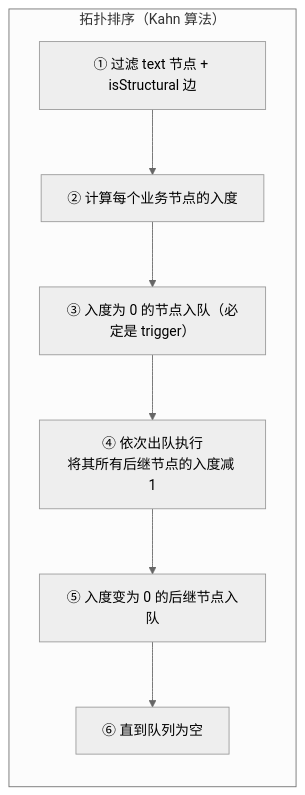
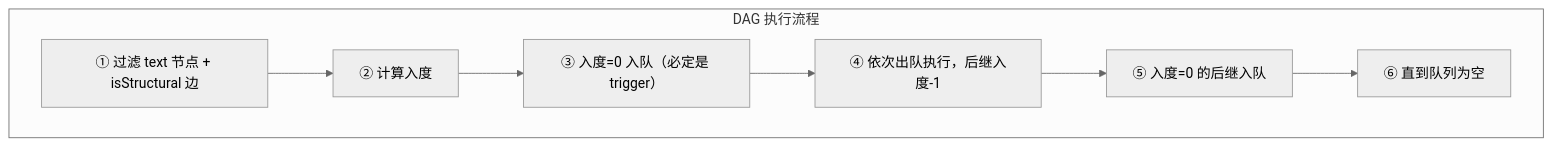
Before and after one commit to THZSummer/open-app: the third of 4 diagrams in .sddu/specs-tree-root/specs-tree-connector-platform-v2/plan-json-schema.md, drawn with Mermaid (neutral theme). The commit also changed other lines of this file, not shown here.

First line of the commit message:
docs(plan-json-schema): v7.1 章节结构重构

````diff
--- a/.sddu/specs-tree-root/specs-tree-connector-platform-v2/plan-json-schema.md
+++ b/.sddu/specs-tree-root/specs-tree-connector-platform-v2/plan-json-schema.md
@@ -1433,13 +1277,10 @@
 ```mermaid
 graph TB
-    subgraph Kahn["拓扑排序（Kahn 算法）"]
-        direction TB
-        S1["① 过滤 text 节点 + isStructural 边"]
-        S2["② 计算每个业务节点的入度"]
-        S3["③ 入度为 0 的节点入队（必定是 trigger）"]
-        S4["④ 依次出队执行<br/>将其所有后继节点的入度减 1"]
-        S5["⑤ 入度变为 0 的后继节点入队"]
-        S6["⑥ 直到队列为空"]
-        S1 --> S2 --> S3 --> S4 --> S5 --> S6
+    subgraph Execution["DAG 执行流程"]
+        S1["① 过滤 text 节点 + isStructural 边"] --> S2["② 计算入度"]
+        S2 --> S3["③ 入度=0 入队（必定是 trigger）"]
+        S3 --> S4["④ 依次出队执行，后继入度-1"]
+        S4 --> S5["⑤ 入度=0 的后继入队"]
+        S5 --> S6["⑥ 直到队列为空"]
     end
 ```
````
